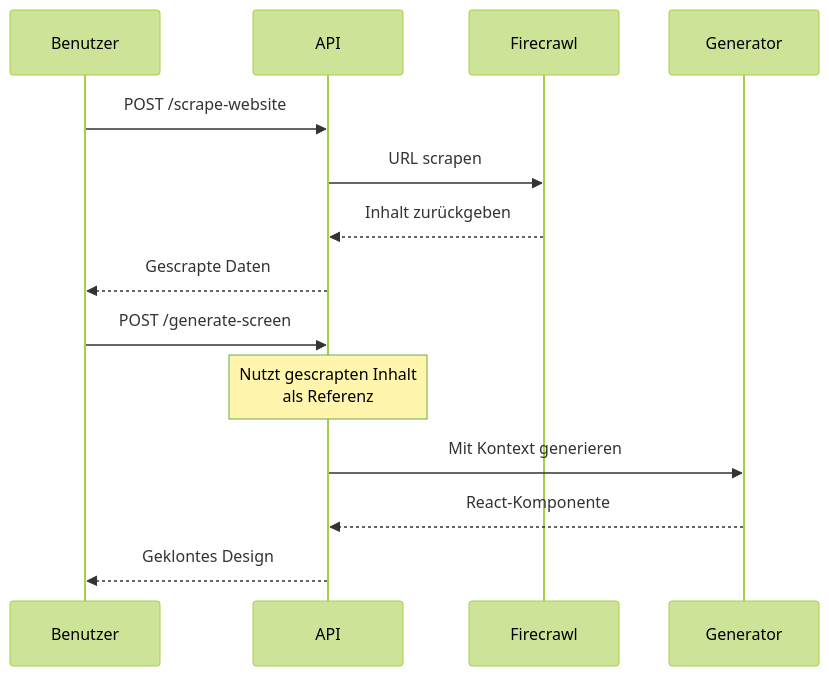
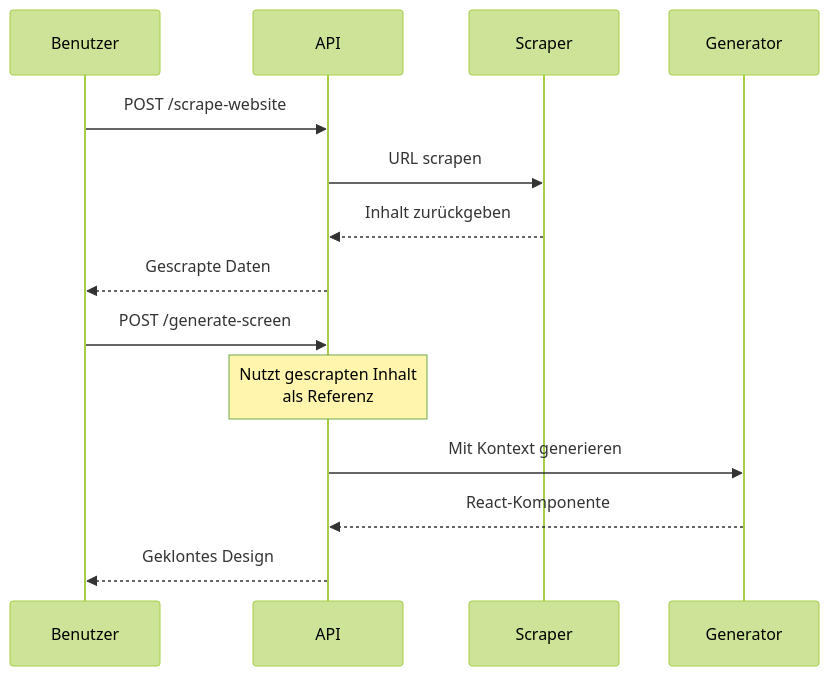
One commit to Seemodo/docs changed the diagram in de/api-reference/endpoint/scrape-website.mdx. Above: the diagram before and after it, drawn with Mermaid (forest theme). The commit also changed other lines of this file and 14 other files, not shown here.

````diff
--- a/de/api-reference/endpoint/scrape-website.mdx
+++ b/de/api-reference/endpoint/scrape-website.mdx
@@ -98,17 +98,17 @@
 ```mermaid
 sequenceDiagram
     participant Benutzer
     participant API
-    participant Firecrawl
+    participant Scraper
     participant Generator
 
     Benutzer->>API: POST /scrape-website
-    API->>Firecrawl: URL scrapen
-    Firecrawl-->>API: Inhalt zurückgeben
+    API->>Scraper: URL scrapen
+    Scraper-->>API: Inhalt zurückgeben
     API-->>Benutzer: Gescrapte Daten
     Benutzer->>API: POST /generate-screen
     Note over API: Nutzt gescrapten Inhalt<br/>als Referenz
     API->>Generator: Mit Kontext generieren
     Generator-->>API: React-Komponente
     API-->>Benutzer: Geklontes Design
 ```
````
